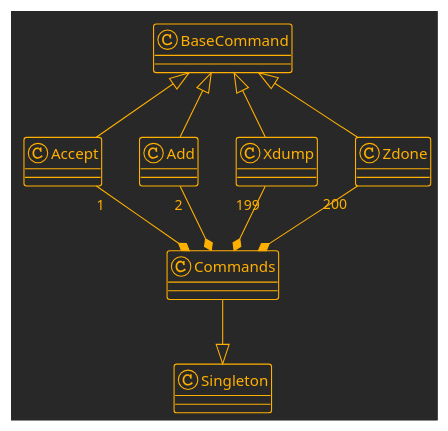
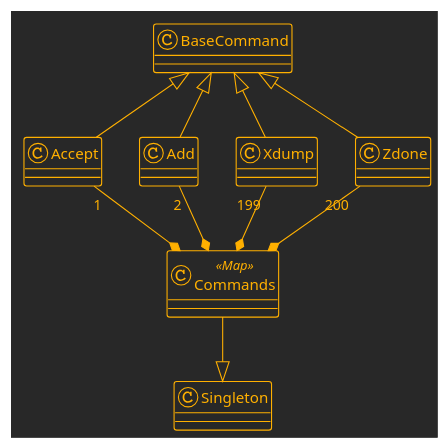
Before and after one commit to marknelsonengineer/empire: the fourth of 10 diagrams in DESIGN_CONCEPTS.md, drawn with PlantUML. The commit also changed other lines of this file and 6 other files, not shown here.

```diff
--- a/DESIGN_CONCEPTS.md
+++ b/DESIGN_CONCEPTS.md
@@ -144,23 +158,23 @@
 @startuml
 !theme crt-amber
 skinparam classAttributeIconSize 0
 
 class BaseCommand
 class Singleton
-class Commands
+class Commands <<Map>>
 class Accept
 class Add
 class Xdump
 class Zdone
 
 Commands      --|>     Singleton
 Accept        -up-|>   BaseCommand
 Add           -up-|>   BaseCommand
 Xdump         -up-|>   BaseCommand
 Zdone         -up-|>   BaseCommand
 Accept "1"    --*      Commands
 Add "2"       --*      Commands
 Xdump "199"   --*      Commands
 Zdone "200"   --*      Commands
 
 @enduml
```
